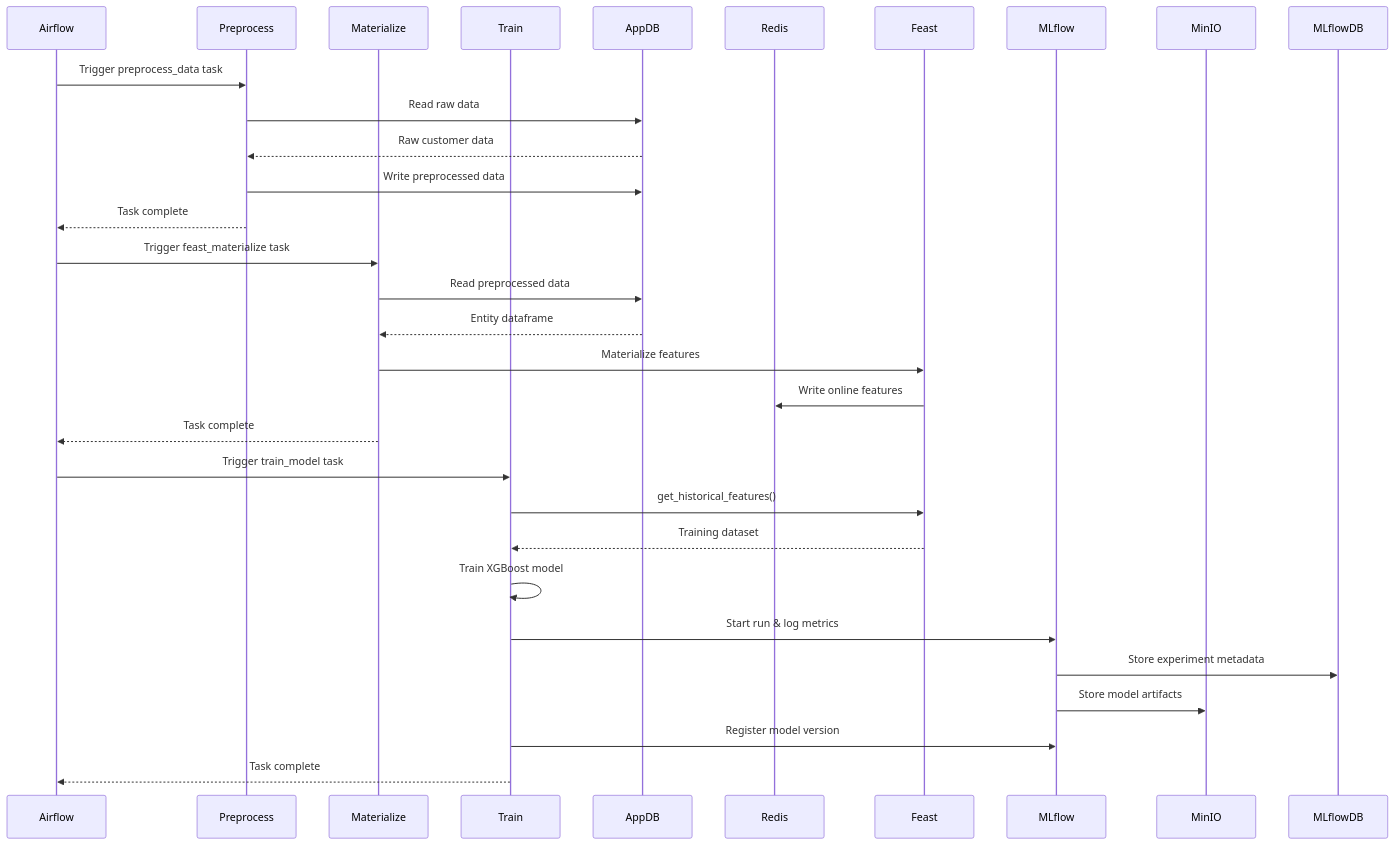
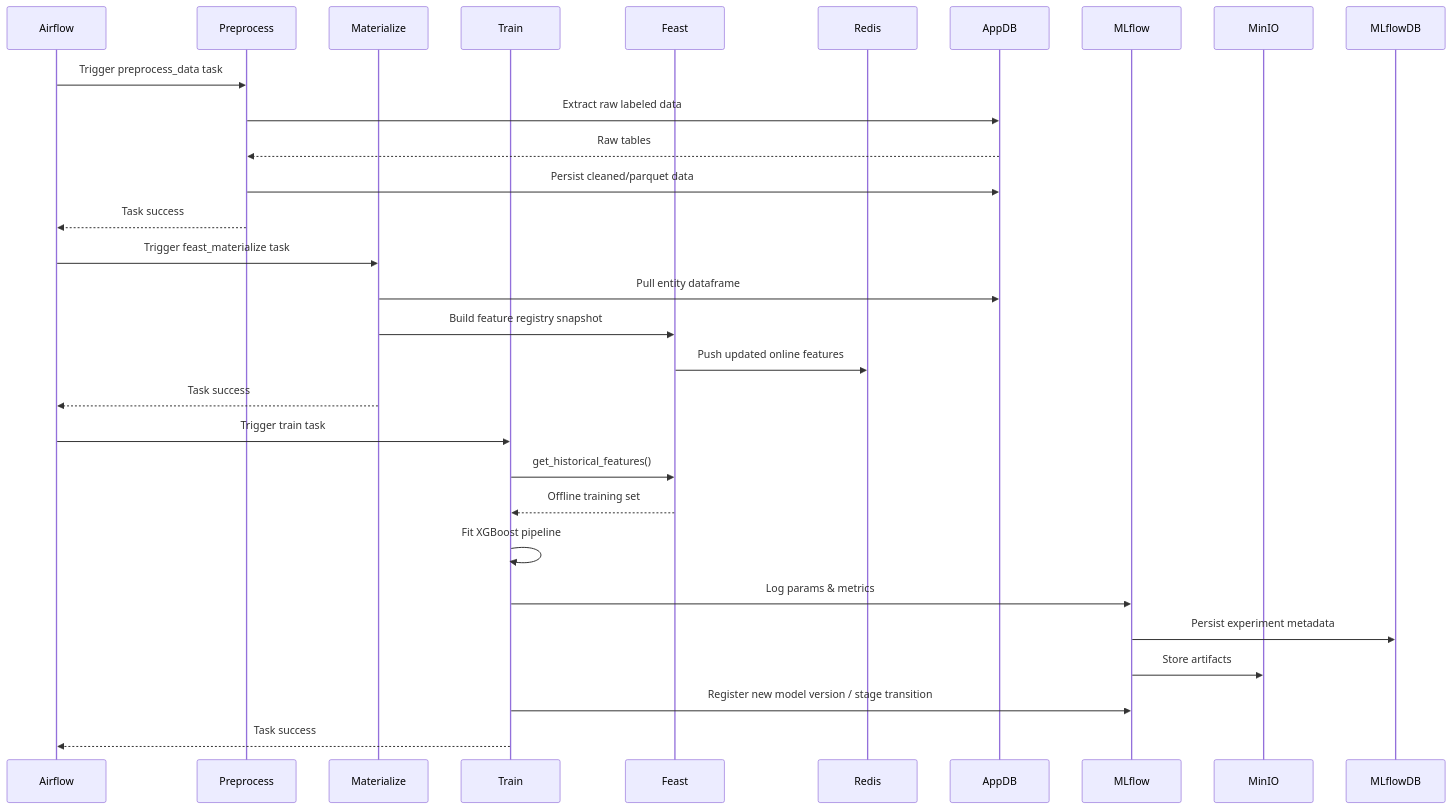
Before and after one commit to ssabrut/customer-churn-mlops: the fourth of 7 diagrams in ARCHITECTURE.md, drawn with Mermaid. The commit also changed other lines of this file and 5 other files, not shown here.

````diff
--- a/ARCHITECTURE.md
+++ b/ARCHITECTURE.md
@@ -196,36 +196,35 @@
 ```mermaid
 sequenceDiagram
     participant Airflow
     participant Preprocess
     participant Materialize
     participant Train
+    participant Feast
+    participant Redis
     participant AppDB
-    participant Redis
-    participant Feast
     participant MLflow
     participant MinIO
     participant MLflowDB
-    
+
     Airflow->>Preprocess: Trigger preprocess_data task
-    Preprocess->>AppDB: Read raw data
-    AppDB-->>Preprocess: Raw customer data
-    Preprocess->>AppDB: Write preprocessed data
-    Preprocess-->>Airflow: Task complete
-    
+    Preprocess->>AppDB: Extract raw labeled data
+    AppDB-->>Preprocess: Raw tables
+    Preprocess->>AppDB: Persist cleaned/parquet data
+    Preprocess-->>Airflow: Task success
+
     Airflow->>Materialize: Trigger feast_materialize task
-    Materialize->>AppDB: Read preprocessed data
-    AppDB-->>Materialize: Entity dataframe
-    Materialize->>Feast: Materialize features
-    Feast->>Redis: Write online features
-    Materialize-->>Airflow: Task complete
-    
-    Airflow->>Train: Trigger train_model task
+    Materialize->>AppDB: Pull entity dataframe
+    Materialize->>Feast: Build feature registry snapshot
+    Feast->>Redis: Push updated online features
+    Materialize-->>Airflow: Task success
+
+    Airflow->>Train: Trigger train task
     Train->>Feast: get_historical_features()
-    Feast-->>Train: Training dataset
-    Train->>Train: Train XGBoost model
-    Train->>MLflow: Start run & log metrics
-    MLflow->>MLflowDB: Store experiment metadata
-    MLflow->>MinIO: Store model artifacts
-    Train->>MLflow: Register model version
-    Train-->>Airflow: Task complete
+    Feast-->>Train: Offline training set
+    Train->>Train: Fit XGBoost pipeline
+    Train->>MLflow: Log params & metrics
+    MLflow->>MLflowDB: Persist experiment metadata
+    MLflow->>MinIO: Store artifacts
+    Train->>MLflow: Register new model version / stage transition
+    Train-->>Airflow: Task success
 ```
````
